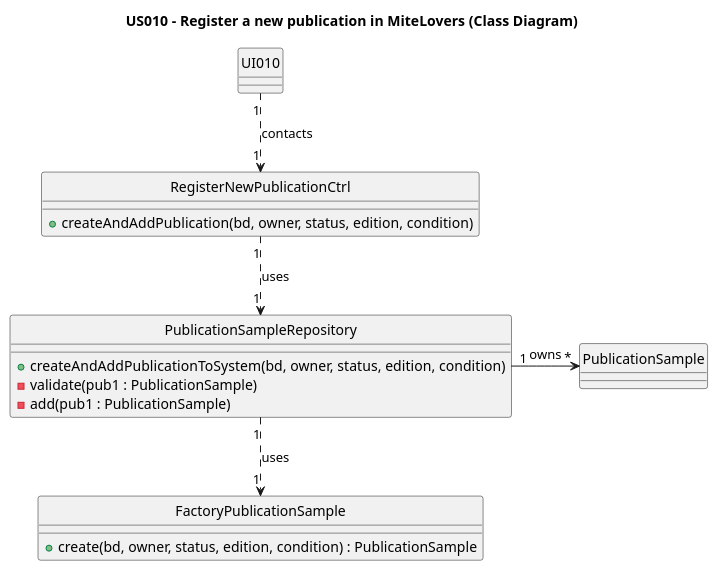
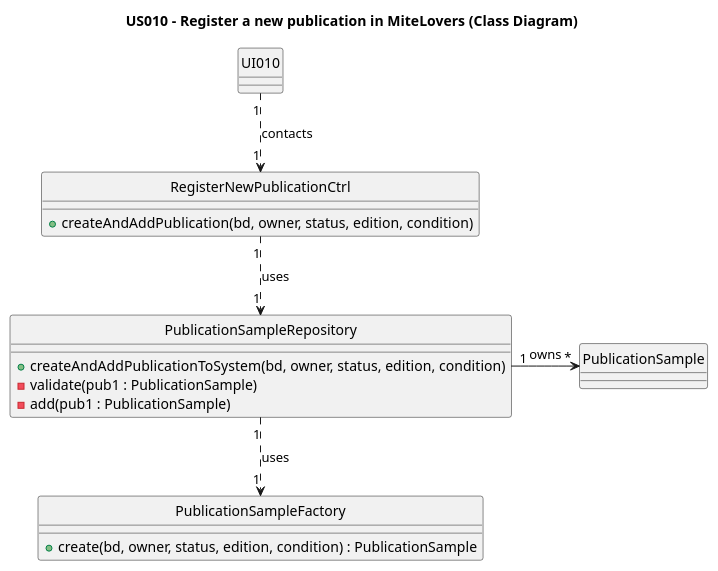
One commit to AndrePereiraGitH/SWitCH-Project-Team_A changed the diagram in Diagrams/ClassDiagrams/US010-to-register-a-publication-to-add-to-library.puml. Above: the diagram before and after it, drawn with PlantUML. The commit also changed 1 other file, not shown here.

```diff
--- a/Diagrams/ClassDiagrams/US010-to-register-a-publication-to-add-to-library.puml
+++ b/Diagrams/ClassDiagrams/US010-to-register-a-publication-to-add-to-library.puml
@@ -1,31 +1,31 @@
 @startuml
 title US010 - Register a new publication in MiteLovers (Class Diagram)
 
 hide circle
 
 class UI010 {
 }
 
 class RegisterNewPublicationCtrl {
   +createAndAddPublication(bd, owner, status, edition, condition)
 }
 
 class PublicationSampleRepository {
   +createAndAddPublicationToSystem(bd, owner, status, edition, condition)
   -validate(pub1 : PublicationSample)
   -add(pub1 : PublicationSample)
 }
 
-class FactoryPublicationSample {
+class PublicationSampleFactory {
   +create(bd, owner, status, edition, condition) : PublicationSample
 }
 
 class PublicationSample {
 }
 
 UI010 "1" ..> "1" RegisterNewPublicationCtrl : contacts
 RegisterNewPublicationCtrl "1" ..> "1" PublicationSampleRepository : uses
-PublicationSampleRepository "1" ..> "1" FactoryPublicationSample : uses
+PublicationSampleRepository "1" ..> "1" PublicationSampleFactory : uses
 PublicationSampleRepository "1" -> "*" PublicationSample : owns
 
 @enduml
```
